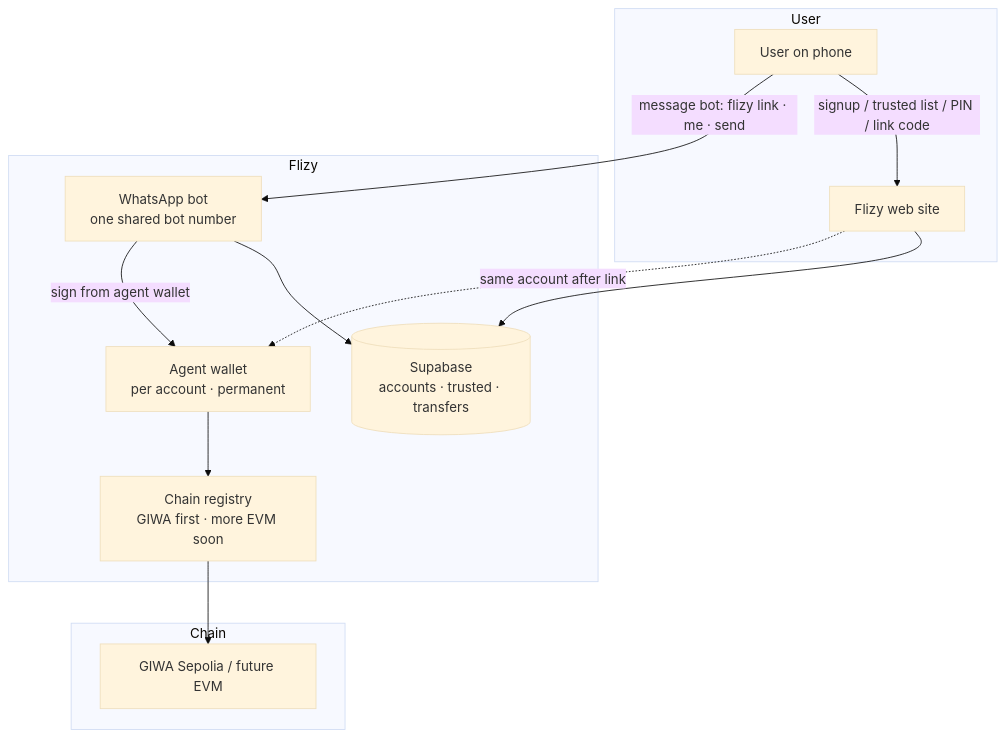
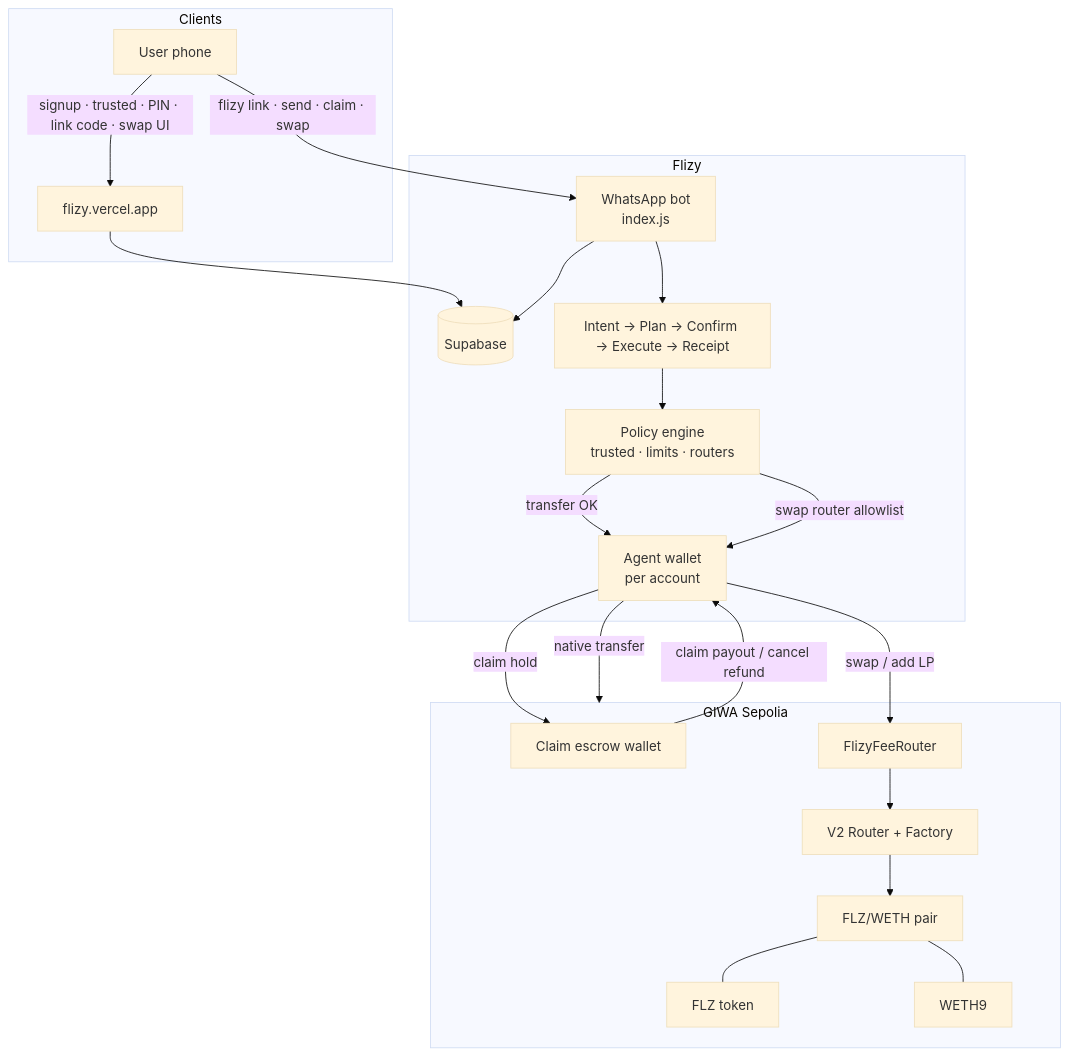
The first of 5 diagrams in README.md (rudazy/flizy), drawn with Mermaid (base theme) before and after one commit. The commit also changed other lines of this file, not shown here.

````diff
--- a/README.md
+++ b/README.md
@@ -38,27 +72,41 @@
 ```mermaid
 flowchart TB
-  subgraph User
-    U[User on phone]
-    S[Flizy web site]
+  subgraph Clients
+    U[User phone]
+    S[flizy.vercel.app]
   end
 
   subgraph Flizy
-    W[WhatsApp bot<br/>one shared bot number]
-    DB[(Supabase<br/>accounts · trusted · transfers)]
-    AW[Agent wallet<br/>per account · permanent]
-    R[Chain registry<br/>GIWA first · more EVM soon]
+    W[WhatsApp bot<br/>index.js]
+    DB[(Supabase)]
+    POL[Policy engine<br/>trusted · limits · routers]
+    ENG[Intent → Plan → Confirm → Execute → Receipt]
+    AW[Agent wallet<br/>per account]
   end
 
-  subgraph Chain
-    G[GIWA Sepolia / future EVM]
+  subgraph OnChain["GIWA Sepolia"]
+    ESC[Claim escrow wallet]
+    FEE[FlizyFeeRouter]
+    V2[V2 Router + Factory]
+    PAIR[FLZ/WETH pair]
+    FLZ[FLZ token]
+    WETH[WETH9]
   end
 
-  U -->|signup / trusted list / PIN / link code| S
+  U -->|signup · trusted · PIN · link code · swap UI| S
   S --> DB
-  U -->|message bot: flizy link · me · send| W
+  U -->|flizy link · send · claim · swap| W
   W --> DB
-  W -->|sign from agent wallet| AW
-  AW --> R
-  R --> G
-  S -.->|same account after link| AW
+  W --> ENG
+  ENG --> POL
+  POL -->|transfer OK| AW
+  POL -->|swap router allowlist| AW
+  AW -->|native transfer| OnChain
+  AW -->|swap / add LP| FEE
+  FEE --> V2
+  V2 --> PAIR
+  PAIR --- FLZ
+  PAIR --- WETH
+  AW -->|claim hold| ESC
+  ESC -->|claim payout / cancel refund| AW
 ```
````
